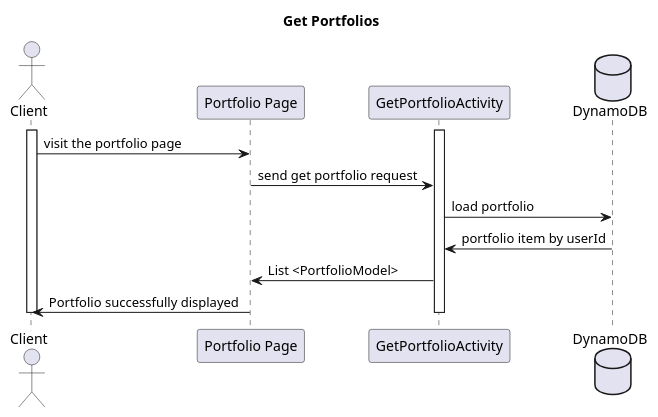
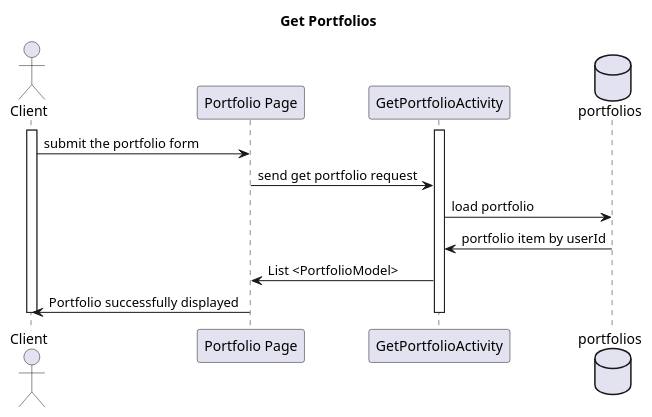
One commit to BloomTechBackend/bd-team-project-crypto-wizards changed the diagram in resources/GetPortfolio_SD.puml. Above: the diagram before and after it, drawn with PlantUML. The commit also changed 22 other files, not shown here.

Commit message:
Updated the sequence Diagrams with suggestions from Shannon

```diff
--- a/resources/GetPortfolio_SD.puml
+++ b/resources/GetPortfolio_SD.puml
@@ -1,18 +1,18 @@
 @startuml
 title Get Portfolios
 actor Client
 
 participant "Portfolio Page" as portfolioPage
 activate Client
 activate GetPortfolioActivity
-database DynamoDB
+database portfolios
 
-Client -> portfolioPage : visit the portfolio page
+Client -> portfolioPage : submit the portfolio form
 portfolioPage -> GetPortfolioActivity :  send get portfolio request
-GetPortfolioActivity -> DynamoDB : load portfolio
-DynamoDB -> GetPortfolioActivity : portfolio item by userId
+GetPortfolioActivity -> portfolios : load portfolio
+portfolios -> GetPortfolioActivity : portfolio item by userId
 GetPortfolioActivity -> portfolioPage : List <PortfolioModel>
 portfolioPage -> Client : Portfolio successfully displayed
 deactivate Client
 deactivate GetPortfolioActivity
 @enduml
```
